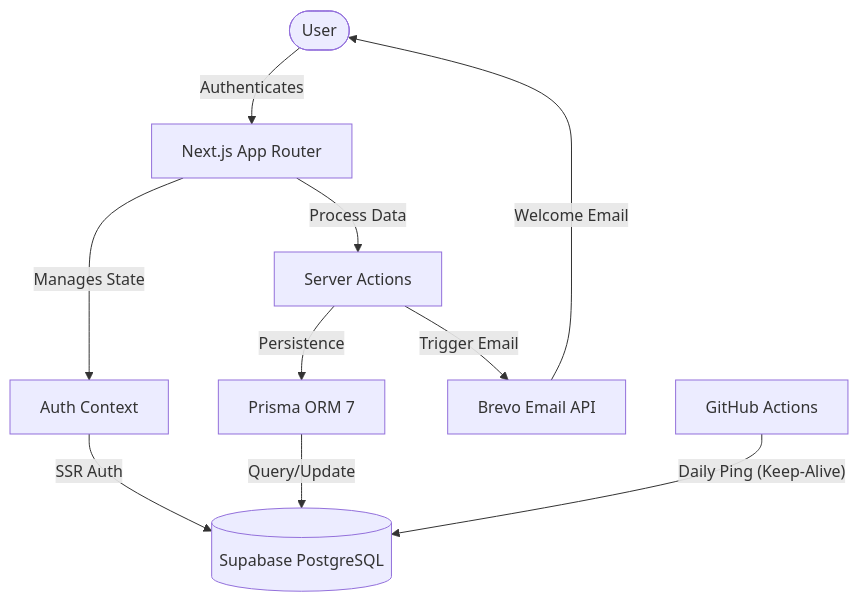
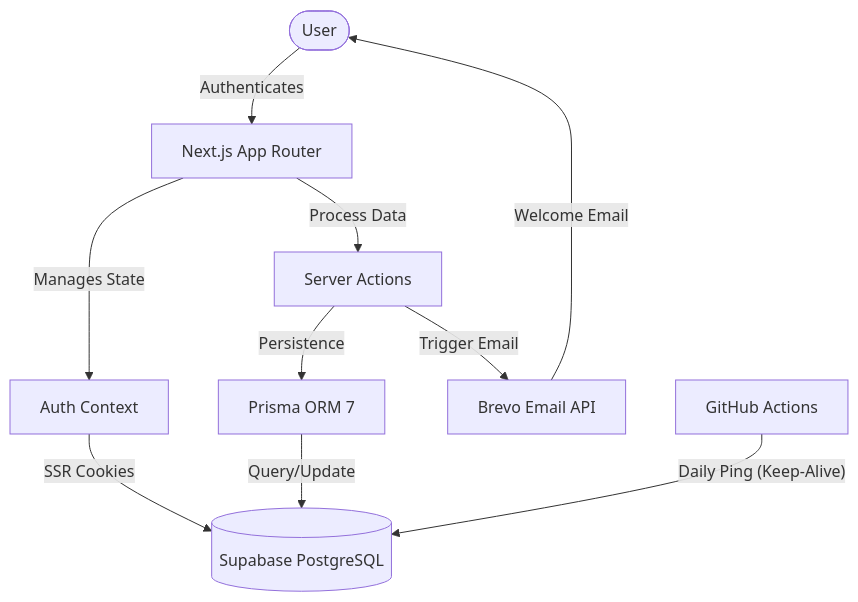
The diagram in README.md (CallejaJ/memento-academy), drawn with Mermaid before and after one commit. The commit also changed other lines of this file and 4 other files, not shown here.

````diff
--- a/README.md
+++ b/README.md
@@ -69,21 +82,21 @@
 ```mermaid
 graph TD
     User([User])
     NextJS[Next.js App Router]
     AuthContext[Auth Context]
     ServerAction[Server Actions]
     Prisma[Prisma ORM 7]
     Supabase[(Supabase PostgreSQL)]
     Brevo[Brevo Email API]
     GHA[GitHub Actions]
 
     User -- "Authenticates" --> NextJS
     NextJS -- "Manages State" --> AuthContext
-    AuthContext -- "SSR Auth" --> Supabase
+    AuthContext -- "SSR Cookies" --> Supabase
     NextJS -- "Process Data" --> ServerAction
     ServerAction -- "Persistence" --> Prisma
     Prisma -- "Query/Update" --> Supabase
     ServerAction -- "Trigger Email" --> Brevo
     Brevo -- "Welcome Email" --> User
     GHA -- "Daily Ping (Keep-Alive)" --> Supabase
 ```
````
